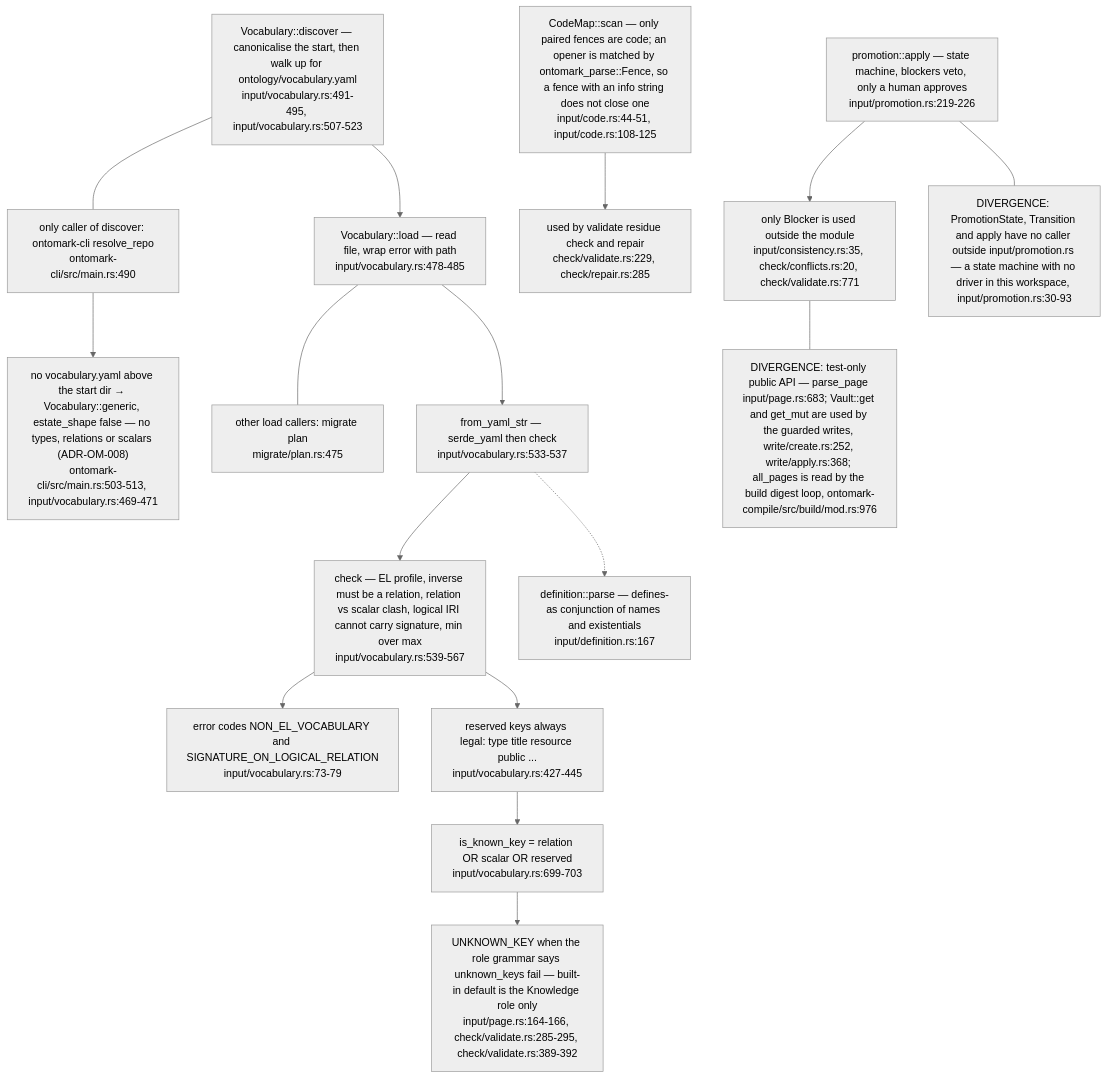
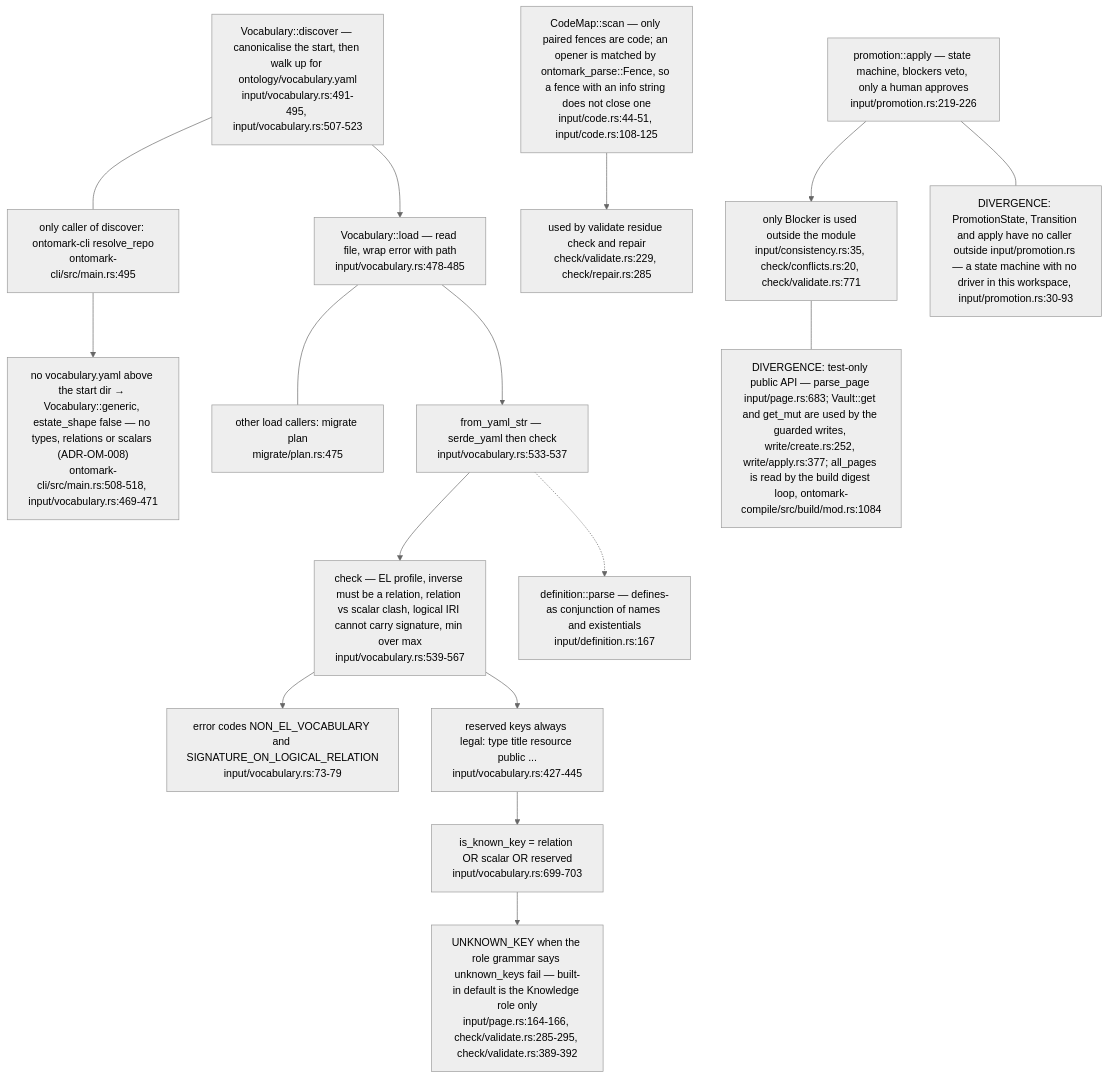
One commit to DreamLab-AI/VisionFlow changed the sixth of 6 diagrams in docs/diagrams/ontomark/01-input-layer-vault-pages-and-gates.md. Above: the diagram before and after it, drawn with Mermaid (neutral theme). The commit also changed other lines of this file and 59 other files, not shown here.

First line of the commit message:
docs(diagrams): re-derive and re-stamp forum, website, pod, ontomark and sealmap topics

````diff
--- a/docs/diagrams/ontomark/01-input-layer-vault-pages-and-gates.md
+++ b/docs/diagrams/ontomark/01-input-layer-vault-pages-and-gates.md
@@ -251,31 +251,31 @@
 ```mermaid
 flowchart TD
     DISC["Vocabulary::discover — canonicalise the start, then walk up for ontology/vocabulary.yaml<br/>input/vocabulary.rs:491-495, input/vocabulary.rs:507-523"]
-    CLIUSE["only caller of discover: ontomark-cli resolve_repo<br/>ontomark-cli/src/main.rs:490"]
-    GENERIC["no vocabulary.yaml above the start dir → Vocabulary::generic, estate_shape false — no types, relations or scalars (ADR-OM-008)<br/>ontomark-cli/src/main.rs:503-513, input/vocabulary.rs:469-471"]
+    CLIUSE["only caller of discover: ontomark-cli resolve_repo<br/>ontomark-cli/src/main.rs:495"]
+    GENERIC["no vocabulary.yaml above the start dir → Vocabulary::generic, estate_shape false — no types, relations or scalars (ADR-OM-008)<br/>ontomark-cli/src/main.rs:508-518, input/vocabulary.rs:469-471"]
     LOADV["Vocabulary::load — read file, wrap error with path<br/>input/vocabulary.rs:478-485"]
     LOADERS["other load callers: migrate plan<br/>migrate/plan.rs:475"]
     FROMYAML["from_yaml_str — serde_yaml then check<br/>input/vocabulary.rs:533-537"]
     CHECK["check — EL profile, inverse must be a relation, relation vs scalar clash, logical IRI cannot carry signature, min over max<br/>input/vocabulary.rs:539-567"]
     NONEL["error codes NON_EL_VOCABULARY and SIGNATURE_ON_LOGICAL_RELATION<br/>input/vocabulary.rs:73-79"]
     RESERVED["reserved keys always legal: type title resource public ...<br/>input/vocabulary.rs:427-445"]
     KNOWN["is_known_key = relation OR scalar OR reserved<br/>input/vocabulary.rs:699-703"]
     STRICT["UNKNOWN_KEY when the role grammar says unknown_keys fail — built-in default is the Knowledge role only<br/>input/page.rs:164-166, check/validate.rs:285-295, check/validate.rs:389-392"]
     DEFN["definition::parse — defines-as conjunction of names and existentials<br/>input/definition.rs:167"]
     CODE["CodeMap::scan — only paired fences are code; an opener is matched by ontomark_parse::Fence, so a fence with an info string does not close one<br/>input/code.rs:44-51, input/code.rs:108-125"]
     CODEUSE["used by validate residue check and repair<br/>check/validate.rs:229, check/repair.rs:285"]
     PROMO["promotion::apply — state machine, blockers veto, only a human approves<br/>input/promotion.rs:219-226"]
     PROMOUSE["only Blocker is used outside the module<br/>input/consistency.rs:35, check/conflicts.rs:20, check/validate.rs:771"]
     DISC --> LOADV --> FROMYAML --> CHECK --> NONEL
     DISC --- CLIUSE
     CLIUSE --> GENERIC
     LOADV --- LOADERS
     CHECK --> RESERVED --> KNOWN --> STRICT
     FROMYAML -.-> DEFN
     CODE --> CODEUSE
     PROMO --> PROMOUSE
     note1["DIVERGENCE: PromotionState, Transition and apply have no caller outside input/promotion.rs — a state machine with no driver in this workspace, input/promotion.rs:30-93"]
-    note2["DIVERGENCE: test-only public API — parse_page input/page.rs:683; Vault::get and get_mut are used by the guarded writes, write/create.rs:252, write/apply.rs:368; all_pages is read by the build digest loop, ontomark-compile/src/build/mod.rs:976"]
+    note2["DIVERGENCE: test-only public API — parse_page input/page.rs:683; Vault::get and get_mut are used by the guarded writes, write/create.rs:252, write/apply.rs:377; all_pages is read by the build digest loop, ontomark-compile/src/build/mod.rs:1084"]
     PROMO --- note1
     PROMOUSE --- note2
 ```
````
